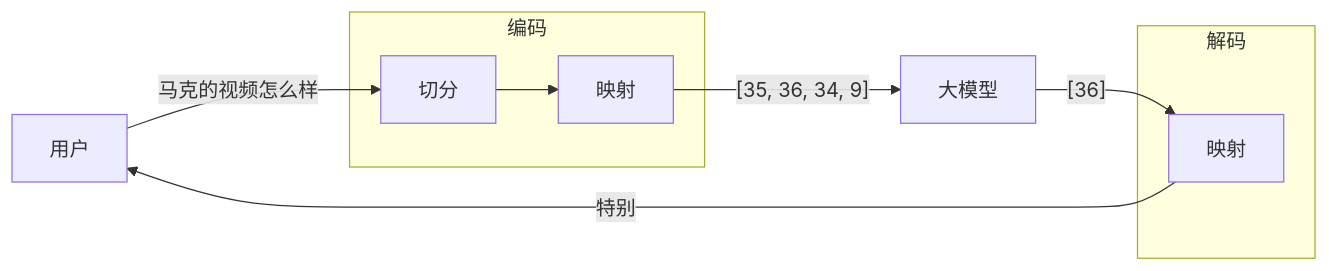
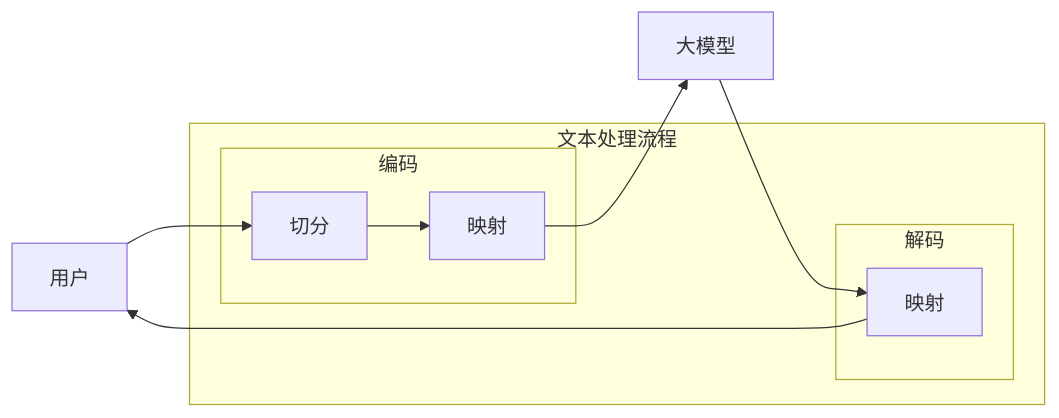
Before and after one commit to wangxiaoqi0123/iodraw-files: the diagram in all/未命名.md, drawn with Mermaid.

Commit message:
2026-04-09 16:54:02 update

````diff
--- a/all/未命名.md
+++ b/all/未命名.md
@@ -1,28 +1,28 @@
 ```mermaid
 flowchart LR
-    %% 用户
     U[用户]
+    M[大模型]
 
-    %% 编码模块
-    subgraph Encoder[编码]
-        E1[切分]
-        E2[映射]
+    %% 外层包裹：文本处理阶段
+    subgraph Pipeline[文本处理流程]
+        
+        %% 编码模块
+        subgraph Encoder[编码]
+            E1[切分]
+            E2[映射]
+        end
+
+        %% 解码模块
+        subgraph Decoder[解码]
+            D1[映射]
+        end
+
     end
 
-    %% 解码模块
-    subgraph Decoder[解码]
-        D1[映射]
-    end
-
-    %% 模型
-    M[大模型]
-
-    %% 正向流程
-    U -- "马克的视频怎么样" --> E1
+    %% 流程连接
+    U --> E1
     E1 --> E2
-    E2 -- "[35, 36, 34, 9]" --> M
-
-    %% 反向流程
-    M -- "[36]" --> D1
-    D1 -- "特别" --> U
+    E2 --> M
+    M --> D1
+    D1 --> U
 ```
````
